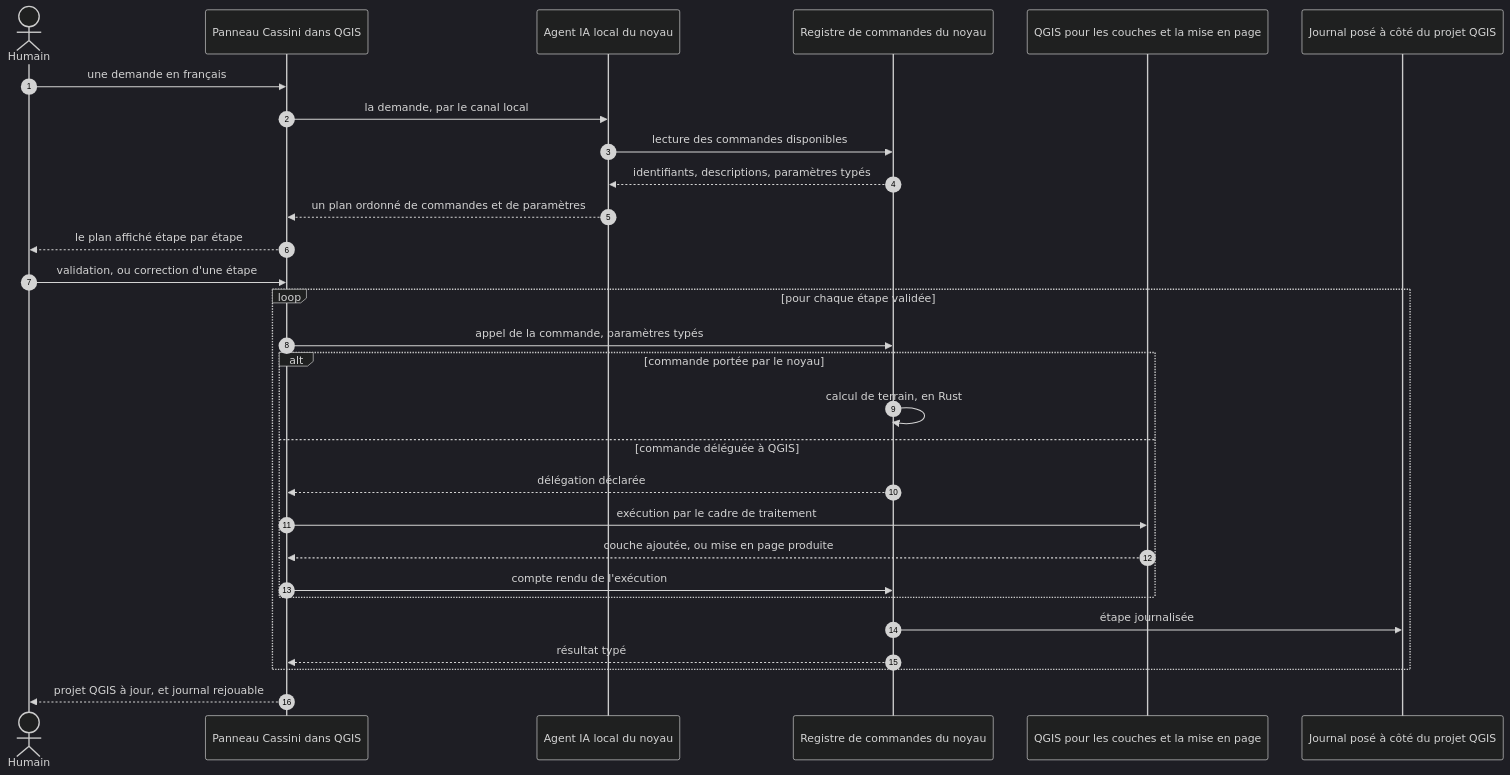
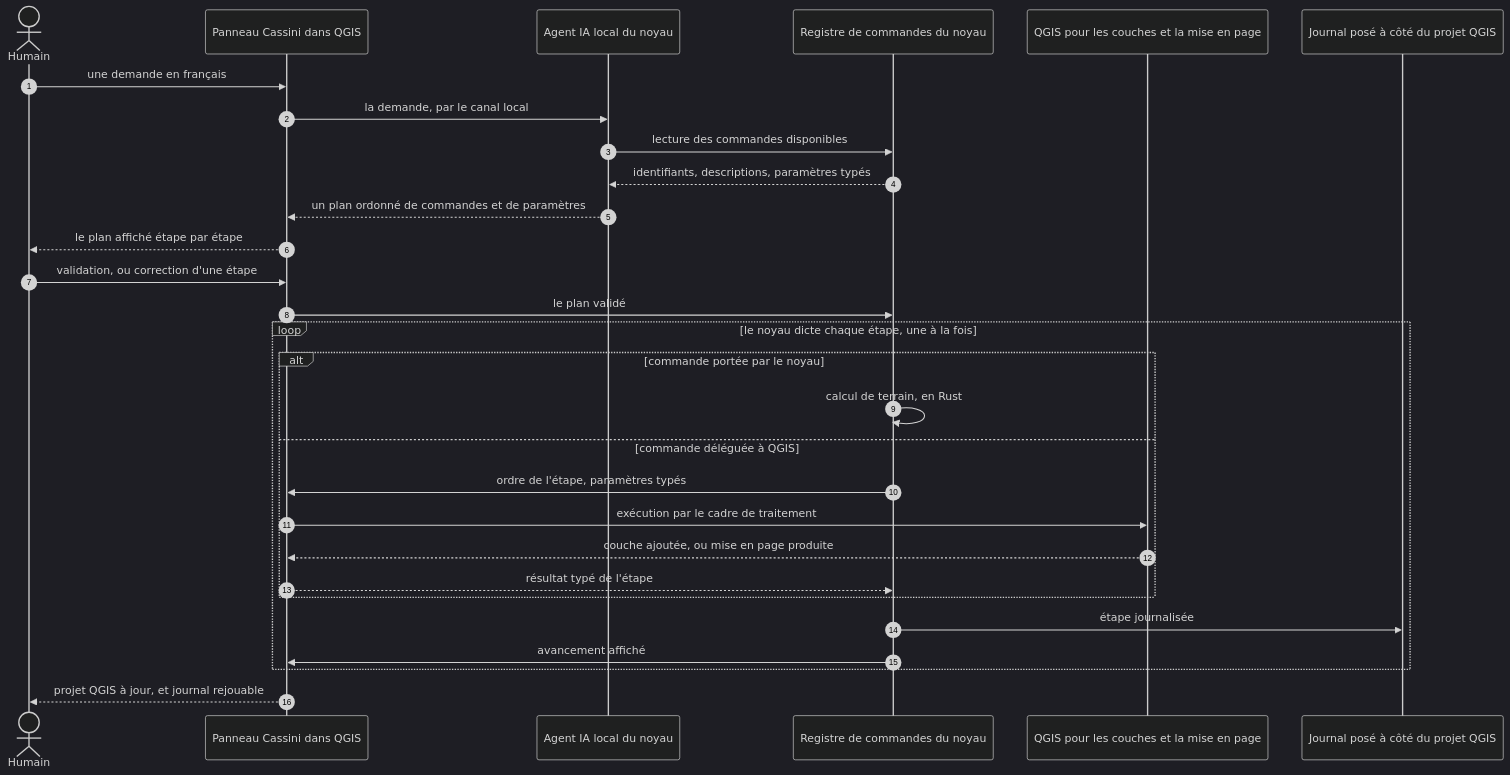
One commit to Kevzi/cassini-gis changed the second of 3 diagrams in README.md. Above: the diagram before and after it, drawn with Mermaid (dark theme). The commit also changed other lines of this file and 1 other file, not shown here.

First line of the commit message:
docs(1.10): met le README au contrat d'architecture

````diff
--- a/README.md
+++ b/README.md
@@ -179,32 +201,32 @@
 ```mermaid
 sequenceDiagram
     autonumber
     actor Humain
     participant Panneau as Panneau Cassini dans QGIS
     participant Agent as Agent IA local du noyau
     participant Registre as Registre de commandes du noyau
     participant QGIS as QGIS pour les couches et la mise en page
     participant Journal as Journal posé à côté du projet QGIS
 
     Humain->>Panneau: une demande en français
     Panneau->>Agent: la demande, par le canal local
     Agent->>Registre: lecture des commandes disponibles
     Registre-->>Agent: identifiants, descriptions, paramètres typés
     Agent-->>Panneau: un plan ordonné de commandes et de paramètres
     Panneau-->>Humain: le plan affiché étape par étape
     Humain->>Panneau: validation, ou correction d'une étape
-    loop pour chaque étape validée
-        Panneau->>Registre: appel de la commande, paramètres typés
+    Panneau->>Registre: le plan validé
+    loop le noyau dicte chaque étape, une à la fois
         alt commande portée par le noyau
             Registre->>Registre: calcul de terrain, en Rust
         else commande déléguée à QGIS
-            Registre-->>Panneau: délégation déclarée
+            Registre->>Panneau: ordre de l'étape, paramètres typés
             Panneau->>QGIS: exécution par le cadre de traitement
             QGIS-->>Panneau: couche ajoutée, ou mise en page produite
-            Panneau->>Registre: compte rendu de l'exécution
+            Panneau-->>Registre: résultat typé de l'étape
         end
         Registre->>Journal: étape journalisée
-        Registre-->>Panneau: résultat typé
+        Registre->>Panneau: avancement affiché
     end
     Panneau-->>Humain: projet QGIS à jour, et journal rejouable
 ```
````
